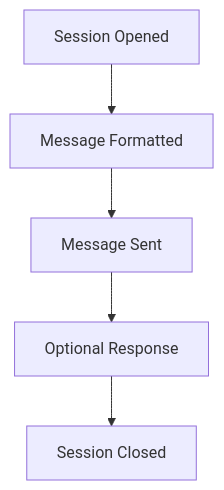
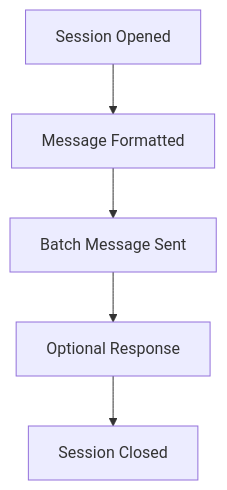
The fifth of 5 diagrams in rfcs/RFC-0009-economic-reward-system/0009-economic-reward-system.md (hoprnet/rfc), drawn with Mermaid before and after one commit. The commit also changed other lines of this file, not shown here.

Commit message:
correct graph on node eligibility

````diff
--- a/rfcs/RFC-0009-economic-reward-system/0009-economic-reward-system.md
+++ b/rfcs/RFC-0009-economic-reward-system/0009-economic-reward-system.md
@@ -149,7 +151,7 @@
 ```mermaid
 flowchart TD
     S[Session Opened] --> M[Message Formatted]
-    M --> T[Message Sent]
+    M --> T[Batch Message Sent]
     T --> R[Optional Response]
     R --> C[Session Closed]
 ```
````
